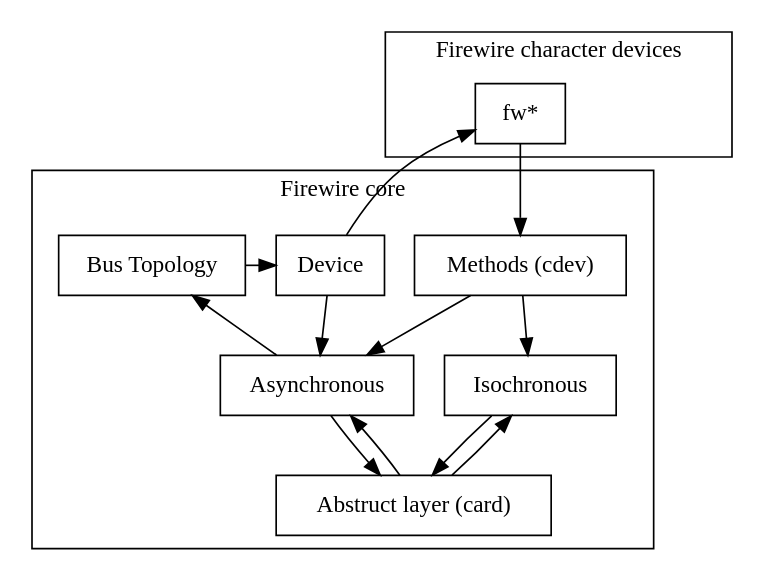
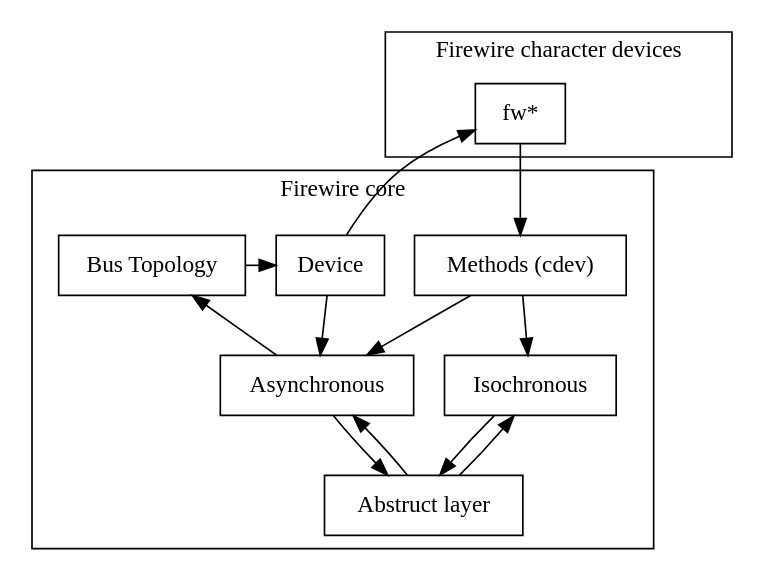
The diagram in img/fw-stack-high.dot (takaswie/alsa-firewire-report), drawn with Graphviz before and after one commit. The commit also changed 7 other files, not shown here.

```diff
--- a/img/fw-stack-high.dot
+++ b/img/fw-stack-high.dot
@@ -1,41 +1,41 @@
 digraph fw_stack_high {
 	graph [rankdir = TB]
 
 	subgraph cluster_cdev {
 		label = "Firewire character devices"
 		fw	[label = "fw*", shape = "box"]
 	}
 
 	subgraph cluster_fw_core {
 		label = "Firewire core"
 
 		subgraph cluster_upper {
 			label = ""
 			style = invis
 
 			cdev		[label = "Methods (cdev)", shape = "box"]
 			device		[label = "Device", shape = "box"]
 			topology	[label = "Bus Topology", shape = "box"]
 		}
 		subgraph cluster_lower {
 			label = ""
 			style = invis
 
 			iso		[label = "Isochronous", shape = "box"]
 			transaction	[label = "Asynchronous", shape = "box"]
 		}
-		card		[label = "Abstruct layer (card)", shape = "box"]
+		card		[label = "Abstruct layer", shape = "box"]
 	}
 
 	fw		-> cdev
 	device		-> fw		[constraint = false]
 	topology	-> device	[constraint = false]
 	transaction	-> topology
 	cdev		-> iso
 	cdev		-> transaction	[ltail = "normal"]
 	device		-> transaction
 	iso		-> card
 	card		-> iso	[constraint = false]
 	transaction	-> card
 	card		-> transaction [constraint = false]
 }
```
